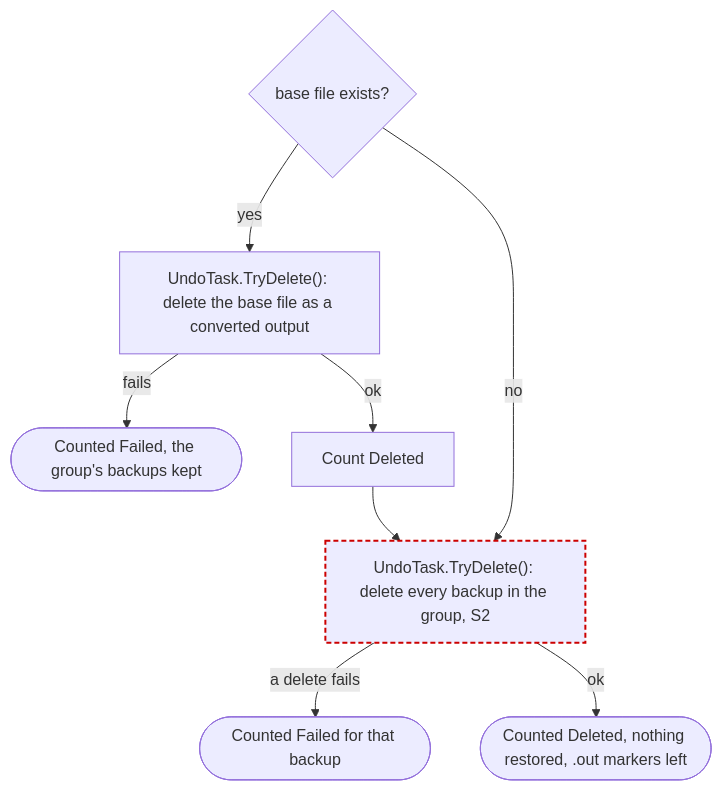
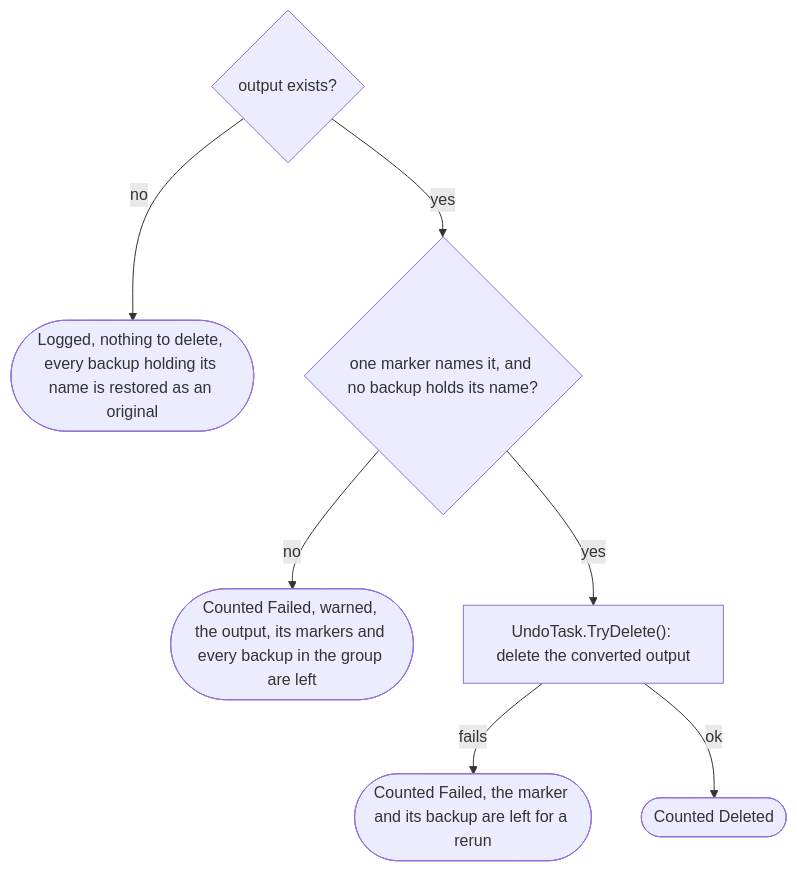
One commit to ptr727/PhotoCleaner changed diagram 20 of 23 in ARCHITECTURE.md. Above: the diagram before and after it, drawn with Mermaid. The commit also changed other lines of this file and 7 other files, not shown here.

First line of the commit message:
Undo Only What Process Recorded, and Never Delete an Original (#332)

````diff
--- a/ARCHITECTURE.md
+++ b/ARCHITECTURE.md
@@ -1000,12 +1016,10 @@
 ```mermaid
 flowchart TD
-  D1{"base file exists?"}
-  D1 -->|"yes"| D2["UndoTask.TryDelete(): delete the base file as a converted output"]
-  D2 -->|"fails"| D3(["Counted Failed, the group's backups kept"])
-  D2 -->|"ok"| D4["Count Deleted"]
-  D1 -->|"no"| D5
-  D4 --> D5["UndoTask.TryDelete(): delete every backup in the group, S2"]:::suspect
-  D5 -->|"a delete fails"| D6(["Counted Failed for that backup"])
-  D5 -->|"ok"| D7(["Counted Deleted, nothing restored, .out markers left"])
-  classDef suspect stroke:#c00,stroke-width:2px,stroke-dasharray:5 3
+  C1{"output exists?"}
+  C1 -->|"no"| C2(["Logged, nothing to delete, every backup holding its name is restored as an original"])
+  C1 -->|"yes"| C3{"one marker names it, and no backup holds its name?"}
+  C3 -->|"no"| C4(["Counted Failed, warned, the output, its markers and every backup in the group are left"])
+  C3 -->|"yes"| C5["UndoTask.TryDelete(): delete the converted output"]
+  C5 -->|"fails"| C6(["Counted Failed, the marker and its backup are left for a rerun"])
+  C5 -->|"ok"| C7(["Counted Deleted"])
 ```
````
